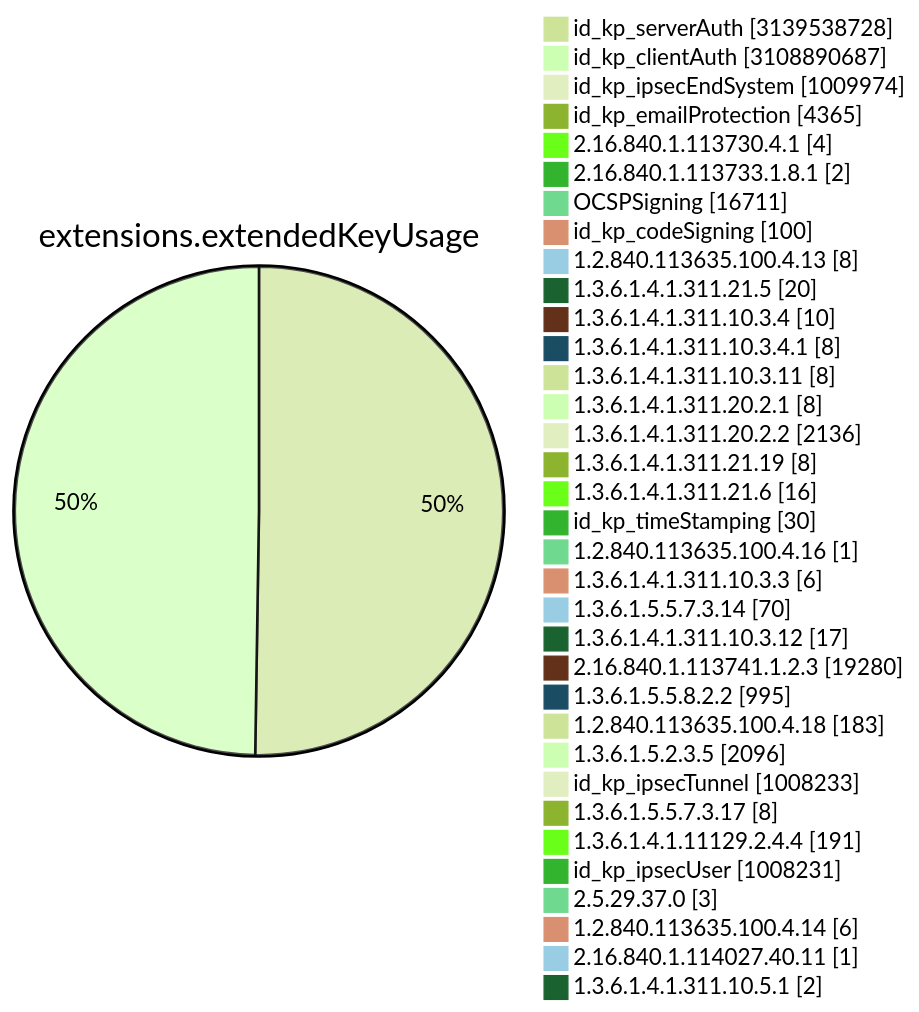
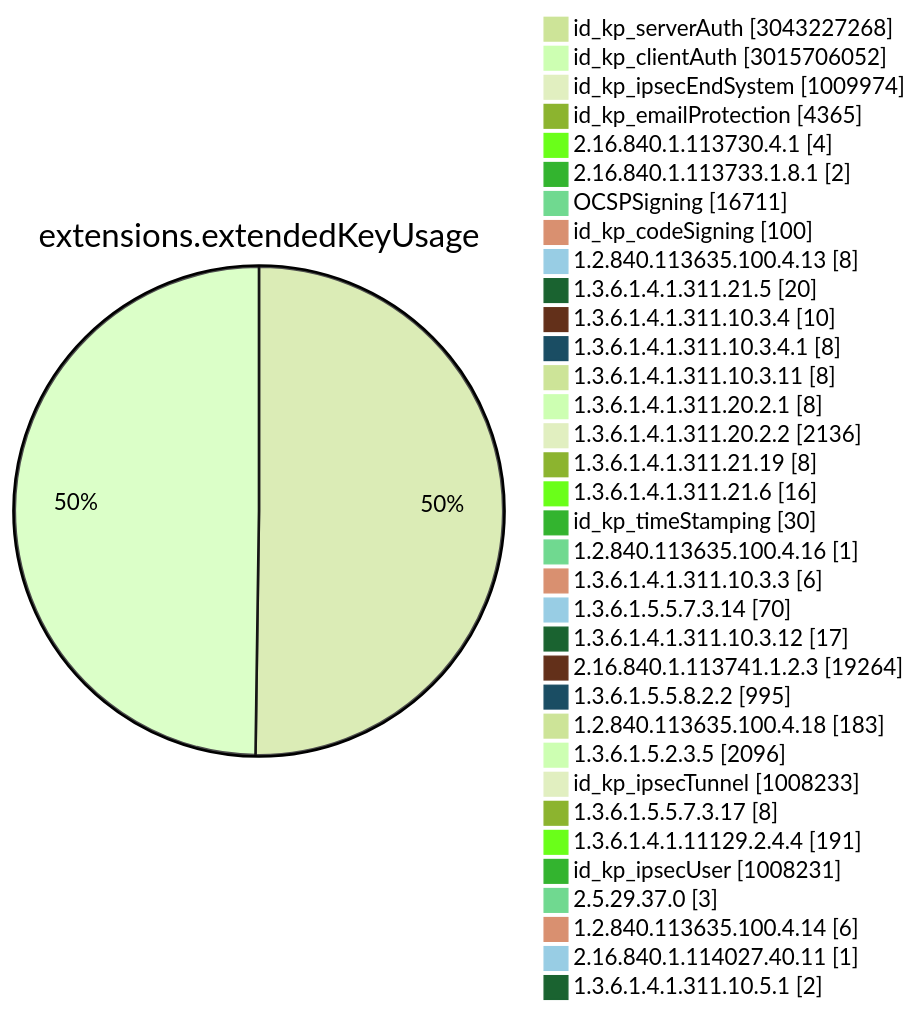
Before and after one commit to christiankrug/ctmonitor_visualization: diagram 11 of 15 in TOTAL/README.md, drawn with Mermaid (forest theme). The commit also changed other lines of this file, not shown here.

````diff
--- a/TOTAL/README.md
+++ b/TOTAL/README.md
@@ -4117,38 +4116,38 @@
 ```mermaid
 pie showData
 title extensions.extendedKeyUsage
-"id_kp_serverAuth" :3139538728
-"id_kp_clientAuth" :3108890687
+"id_kp_serverAuth" :3043227268
+"id_kp_clientAuth" :3015706052
 "id_kp_ipsecEndSystem" :1009974
 "id_kp_emailProtection" :4365
 "2.16.840.1.113730.4.1" :4
 "2.16.840.1.113733.1.8.1" :2
 "OCSPSigning" :16711
 "id_kp_codeSigning" :100
 "1.2.840.113635.100.4.13" :8
 "1.3.6.1.4.1.311.21.5" :20
 "1.3.6.1.4.1.311.10.3.4" :10
 "1.3.6.1.4.1.311.10.3.4.1" :8
 "1.3.6.1.4.1.311.10.3.11" :8
 "1.3.6.1.4.1.311.20.2.1" :8
 "1.3.6.1.4.1.311.20.2.2" :2136
 "1.3.6.1.4.1.311.21.19" :8
 "1.3.6.1.4.1.311.21.6" :16
 "id_kp_timeStamping" :30
 "1.2.840.113635.100.4.16" :1
 "1.3.6.1.4.1.311.10.3.3" :6
 "1.3.6.1.5.5.7.3.14" :70
 "1.3.6.1.4.1.311.10.3.12" :17
-"2.16.840.1.113741.1.2.3" :19280
+"2.16.840.1.113741.1.2.3" :19264
 "1.3.6.1.5.5.8.2.2" :995
 "1.2.840.113635.100.4.18" :183
 "1.3.6.1.5.2.3.5" :2096
 "id_kp_ipsecTunnel" :1008233
 "1.3.6.1.5.5.7.3.17" :8
 "1.3.6.1.4.1.11129.2.4.4" :191
 "id_kp_ipsecUser" :1008231
 "2.5.29.37.0" :3
 "1.2.840.113635.100.4.14" :6
 "2.16.840.1.114027.40.11" :1
 "1.3.6.1.4.1.311.10.5.1" :2
 ```
````
